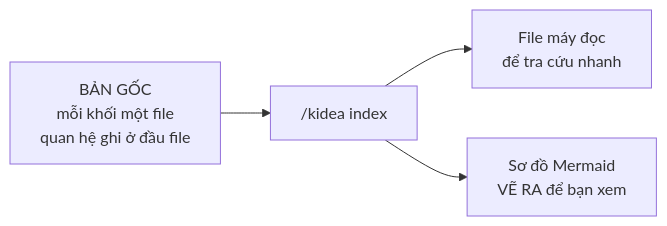
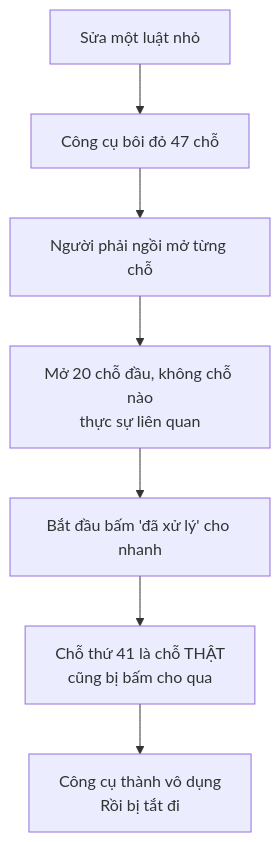
The third of 3 diagrams in answer.md (Kynderis/kendrick-ai-tools), drawn with Mermaid before and after one commit. The commit also changed other lines of this file and 3 other files, not shown here.

````diff
--- a/answer.md
+++ b/answer.md
@@ -275,6 +157,9 @@
 ```mermaid
-flowchart LR
-    A["BẢN GỐC<br/>mỗi khối một file<br/>quan hệ ghi ở đầu file"] --> B["/kidea index"]
-    B --> C["File máy đọc<br/>để tra cứu nhanh"]
-    B --> D["Sơ đồ Mermaid<br/>VẼ RA để bạn xem"]
+flowchart TD
+    A["Sửa một luật nhỏ"] --> B["Công cụ bôi đỏ 47 chỗ"]
+    B --> C["Người phải ngồi mở từng chỗ"]
+    C --> D["Mở 20 chỗ đầu, không chỗ nào<br/>thực sự liên quan"]
+    D --> E["Bắt đầu bấm 'đã xử lý' cho nhanh"]
+    E --> F["Chỗ thứ 41 là chỗ THẬT<br/>cũng bị bấm cho qua"]
+    F --> G["Công cụ thành vô dụng<br/>Rồi bị tắt đi"]
 ```
````
